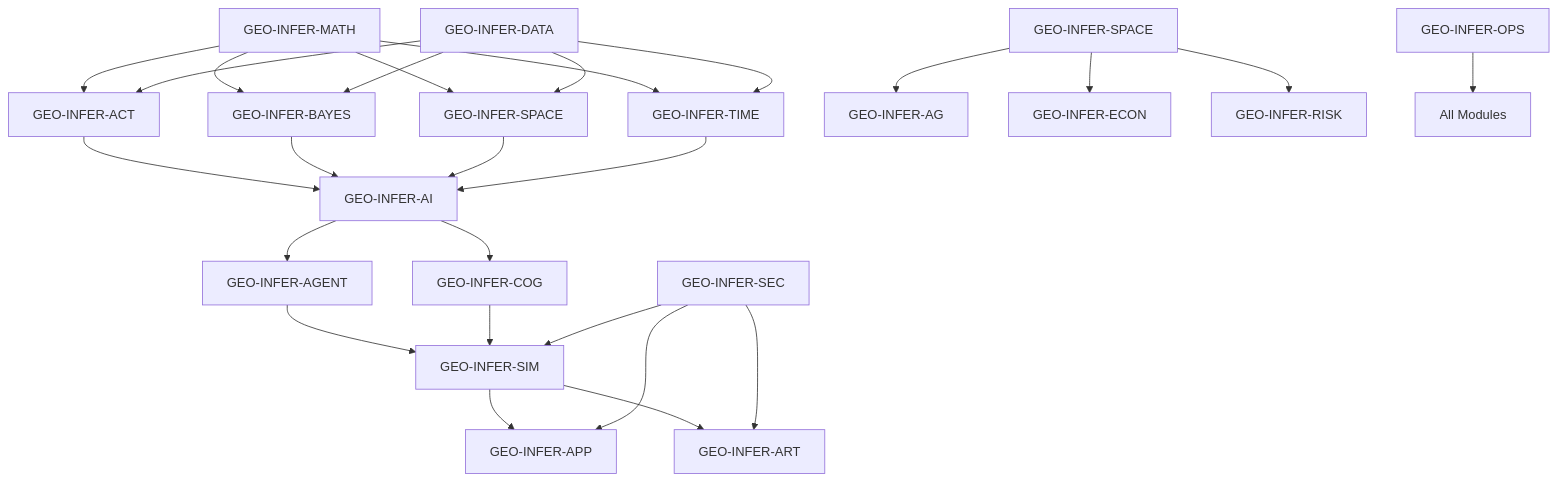
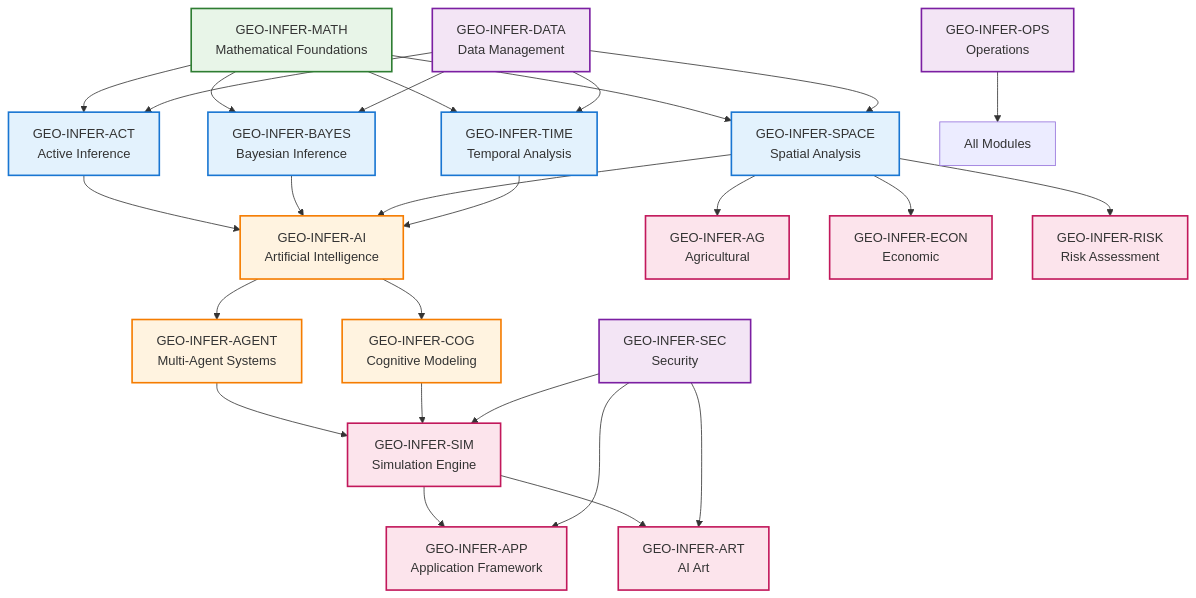
Before and after one commit to ActiveInferenceInstitute/GEO-INFER: the first of 3 diagrams in GEO-INFER-INTRA/docs/modules/index.md, drawn with Mermaid. The commit also changed other lines of this file and 121 other files, not shown here.

````diff
--- a/GEO-INFER-INTRA/docs/modules/index.md
+++ b/GEO-INFER-INTRA/docs/modules/index.md
@@ -77,40 +116,62 @@
 ```mermaid
 graph TD
-    A[GEO-INFER-MATH] --> B[GEO-INFER-ACT]
-    A --> C[GEO-INFER-BAYES]
-    A --> D[GEO-INFER-SPACE]
-    A --> E[GEO-INFER-TIME]
-    
-    B --> F[GEO-INFER-AI]
-    C --> F
-    D --> F
-    E --> F
-    
-    F --> G[GEO-INFER-AGENT]
-    F --> H[GEO-INFER-COG]
-    
-    G --> I[GEO-INFER-SIM]
-    H --> I
-    
-    I --> J[GEO-INFER-APP]
-    I --> K[GEO-INFER-ART]
-    
-    %% Data flow dependencies
-    L[GEO-INFER-DATA] --> D
-    L --> E
-    L --> B
-    L --> C
-    
-    %% Security dependencies
-    M[GEO-INFER-SEC] --> J
-    M --> K
-    M --> I
-    
-    %% Domain dependencies
-    N[GEO-INFER-SPACE] --> O[GEO-INFER-AG]
-    N --> P[GEO-INFER-ECON]
-    N --> Q[GEO-INFER-RISK]
-    
-    %% Operations dependencies
-    R[GEO-INFER-OPS] --> ALL[All Modules]
+    %% Foundation layer
+    MATH[GEO-INFER-MATH<br/>Mathematical Foundations]
+
+    %% Core analytical layer
+    MATH --> ACT[GEO-INFER-ACT<br/>Active Inference]
+    MATH --> BAYES[GEO-INFER-BAYES<br/>Bayesian Inference]
+    MATH --> SPACE[GEO-INFER-SPACE<br/>Spatial Analysis]
+    MATH --> TIME[GEO-INFER-TIME<br/>Temporal Analysis]
+
+    %% AI and intelligence layer
+    ACT --> AI[GEO-INFER-AI<br/>Artificial Intelligence]
+    BAYES --> AI
+    SPACE --> AI
+    TIME --> AI
+
+    %% Advanced systems layer
+    AI --> AGENT[GEO-INFER-AGENT<br/>Multi-Agent Systems]
+    AI --> COG[GEO-INFER-COG<br/>Cognitive Modeling]
+
+    %% Applications layer
+    AGENT --> SIM[GEO-INFER-SIM<br/>Simulation Engine]
+    COG --> SIM
+
+    SIM --> APP[GEO-INFER-APP<br/>Application Framework]
+    SIM --> ART[GEO-INFER-ART<br/>AI Art]
+
+    %% Data and infrastructure
+    DATA[GEO-INFER-DATA<br/>Data Management] --> SPACE
+    DATA --> TIME
+    DATA --> ACT
+    DATA --> BAYES
+
+    %% Security layer
+    SEC[GEO-INFER-SEC<br/>Security] --> APP
+    SEC --> ART
+    SEC --> SIM
+
+    %% Domain integrations
+    SPACE --> AG[GEO-INFER-AG<br/>Agricultural]
+    SPACE --> ECON[GEO-INFER-ECON<br/>Economic]
+    SPACE --> RISK[GEO-INFER-RISK<br/>Risk Assessment]
+
+    %% Operations and tooling
+    OPS[GEO-INFER-OPS<br/>Operations] --> ALL[All Modules]
+
+    classDef foundation fill:#e8f5e8,stroke:#2e7d32,stroke-width:2px
+    classDef core fill:#e3f2fd,stroke:#1976d2,stroke-width:2px
+    classDef advanced fill:#fff3e0,stroke:#f57c00,stroke-width:2px
+    classDef domain fill:#fce4ec,stroke:#c2185b,stroke-width:2px
+    classDef infra fill:#f3e5f5,stroke:#7b1fa2,stroke-width:2px
+
+    class MATH foundation
+    class ACT,BAYES,SPACE,TIME core
+    class AI,AGENT,COG advanced
+    class SIM domain
+    class APP,ART domain
+    class DATA,SEC infra
+    class AG,ECON,RISK domain
+    class OPS infra
 ```
````
